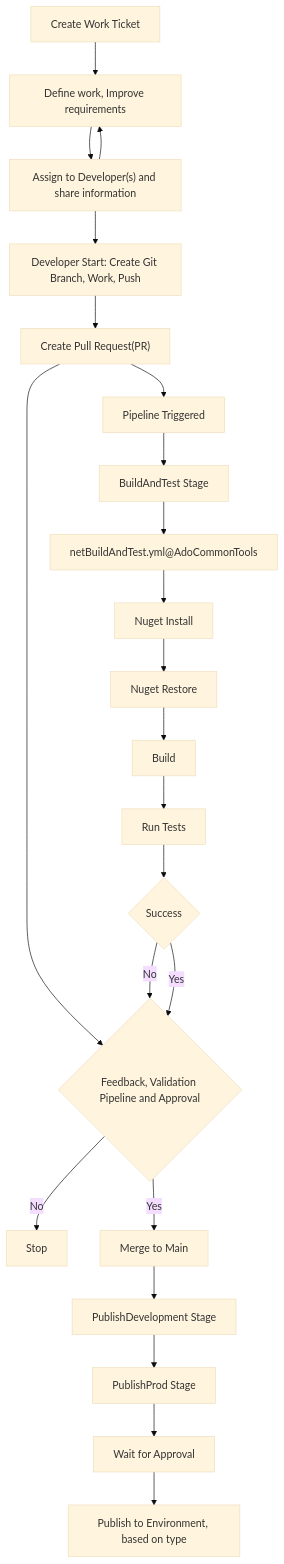
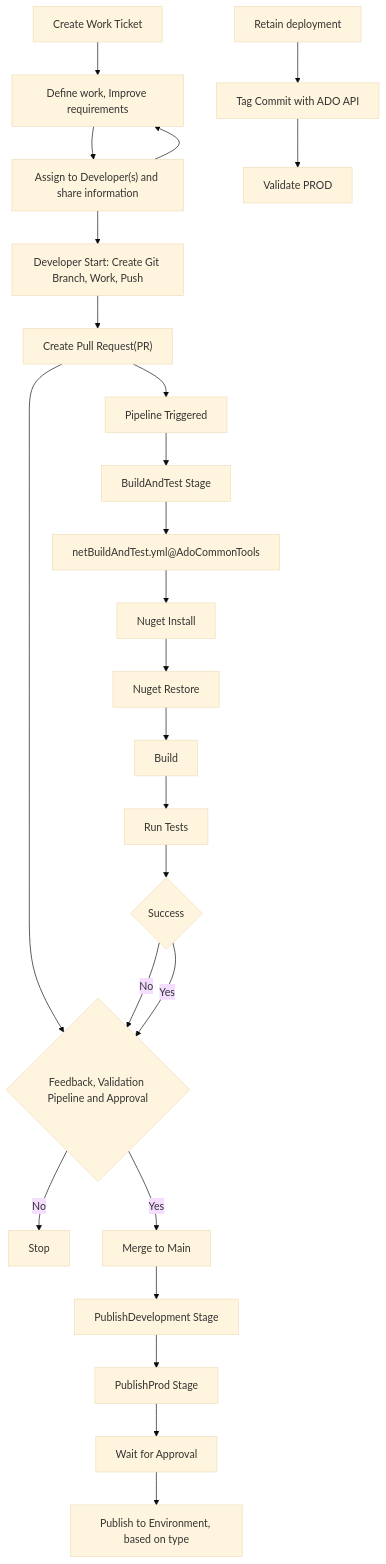
The diagram in Examples/topLevelProcess.md (aligneddev/ADOYamlTemplates), drawn with Mermaid (base theme) before and after one commit. The commit also changed 10 other files, not shown here.

````diff
--- a/Examples/topLevelProcess.md
+++ b/Examples/topLevelProcess.md
@@ -3,29 +3,32 @@
 ```mermaid
 flowchart TD
     Jira["Create Work Ticket"] -->
     Refine["Define work, Improve requirements"] -->
     Kickoff["Assign to Developer(s) and share information"] --> Refine
     Kickoff -->
     Start["Developer Start: Create Git Branch, Work, Push"] -->
     PR["Create Pull Request(PR)"] --> Trigger
     PR --> Feedback
     Feedback{"Feedback, Validation Pipeline and Approval"}
     Feedback -- No --> Stop["Stop"]
     Feedback -- Yes --> Merge
 
     Trigger["Pipeline Triggered"] --> 
     BuildTest["BuildAndTest Stage"] --> 
     CommonBuildTest["netBuildAndTest.yml@AdoCommonTools"] --> NugetInstall["Nuget Install"] --> 
     NugetRestore["Nuget Restore"] --> 
     DotNetBuild["Build"] --> 
     RunTests["Run Tests"] -->
     Success{"Success"}
     Success -- No --> Feedback
     Success -- Yes --> Feedback
 
     Merge["Merge to Main"] -->
     PublishDev["PublishDevelopment Stage"] -->
     PublishProd["PublishProd Stage"] --> 
     Approval["Wait for Approval"] --> 
     Publish["Publish to Environment, based on type"]
+    Retain["Retain deployment"] -->
+    TagGitRepo["Tag Commit with ADO API"] -->
+    Validate["Validate PROD"]
 ```
````
